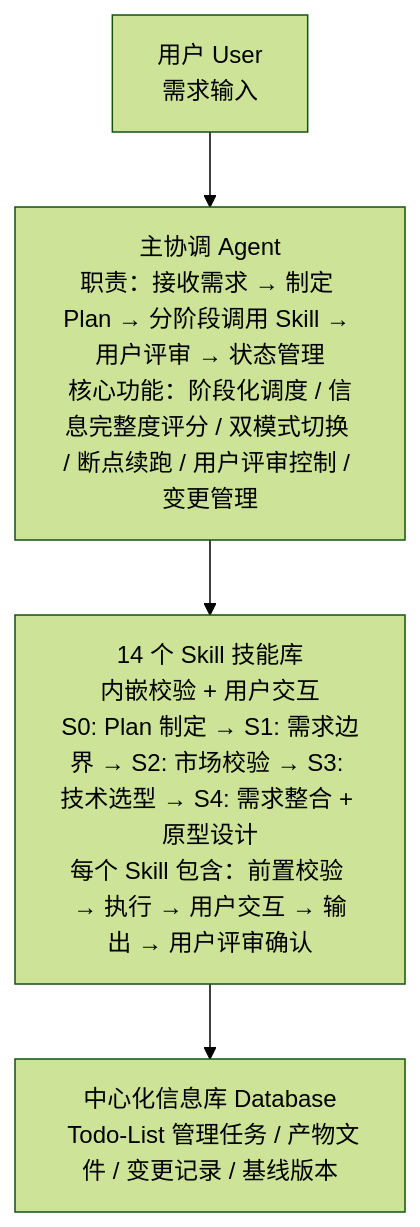
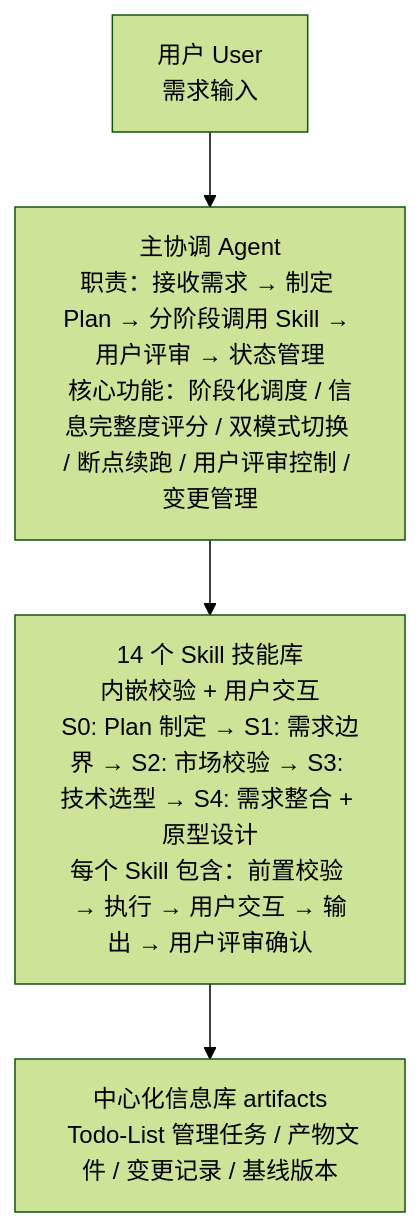
Before and after one commit to HeartFlying/swf: the first of 9 diagrams in WORKFLOW.md, drawn with Mermaid (forest theme). The commit also changed other lines of this file and 47 other files, not shown here.

````diff
--- a/WORKFLOW.md
+++ b/WORKFLOW.md
@@ -20,6 +20,6 @@
 ```mermaid
 graph TD
     A[用户 User<br/>需求输入] --> B[主协调 Agent<br/>职责：接收需求 → 制定 Plan → 分阶段调用 Skill → 用户评审 → 状态管理<br/>核心功能：阶段化调度 / 信息完整度评分 / 双模式切换 / 断点续跑 / 用户评审控制 / 变更管理]
     B --> C[14 个 Skill 技能库<br/>内嵌校验 + 用户交互<br/>S0: Plan 制定 → S1: 需求边界 → S2: 市场校验 → S3: 技术选型 → S4: 需求整合 + 原型设计<br/>每个 Skill 包含：前置校验 → 执行 → 用户交互 → 输出 → 用户评审确认]
-    C --> D[中心化信息库 Database<br/> Todo-List 管理任务 / 产物文件 / 变更记录 / 基线版本]
+    C --> D[中心化信息库 artifacts<br/> Todo-List 管理任务 / 产物文件 / 变更记录 / 基线版本]
 ```
````
